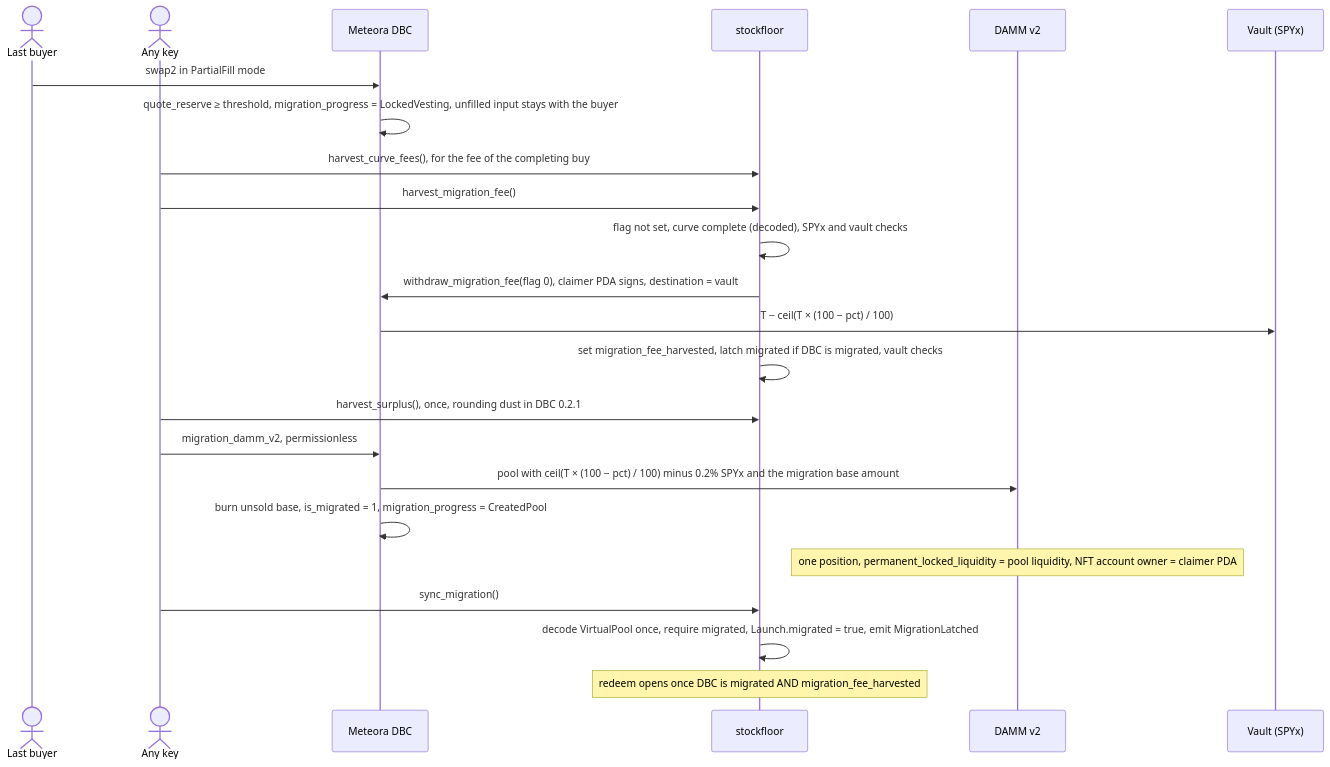
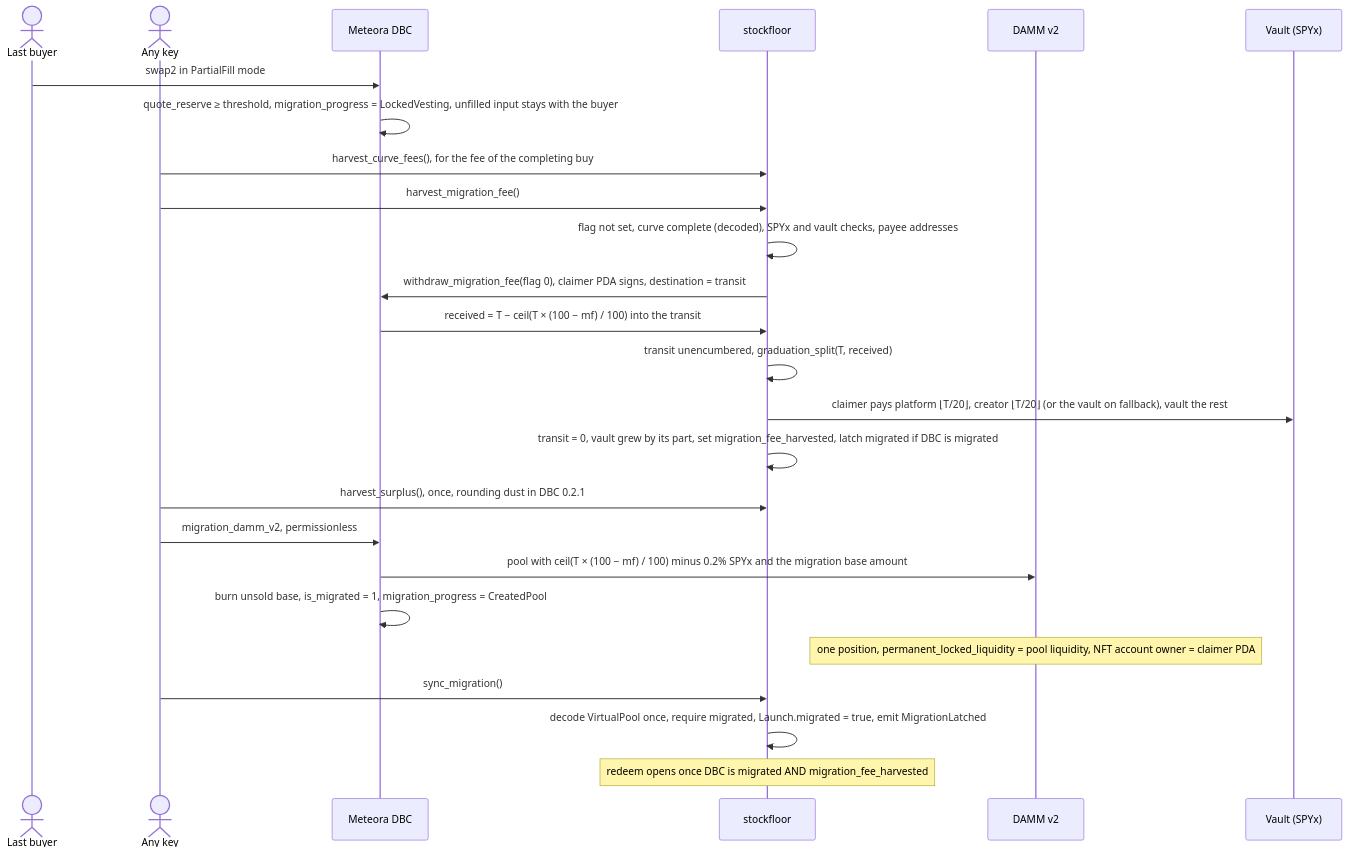
The fourth of 6 diagrams in docs/architecture.md (0xrke/plinto), drawn with Mermaid before and after one commit. The commit also changed other lines of this file and 3 other files, not shown here.

First line of the commit message:
docs: architecture, README fee tables, STATUS for the v3 fee model

````diff
--- a/docs/architecture.md
+++ b/docs/architecture.md
@@ -205,25 +283,27 @@
 ```mermaid
 sequenceDiagram
   actor Last as Last buyer
   actor Cranker as Any key
   participant DBC as Meteora DBC
   participant SF as stockfloor
   participant DAMM as DAMM v2
   participant Vault as Vault (SPYx)
   Last->>DBC: swap2 in PartialFill mode
   DBC->>DBC: quote_reserve ≥ threshold, migration_progress = LockedVesting, unfilled input stays with the buyer
   Cranker->>SF: harvest_curve_fees(), for the fee of the completing buy
   Cranker->>SF: harvest_migration_fee()
-  SF->>SF: flag not set, curve complete (decoded), SPYx and vault checks
-  SF->>DBC: withdraw_migration_fee(flag 0), claimer PDA signs, destination = vault
-  DBC->>Vault: T − ceil(T × (100 − pct) / 100)
-  SF->>SF: set migration_fee_harvested, latch migrated if DBC is migrated, vault checks
+  SF->>SF: flag not set, curve complete (decoded), SPYx and vault checks, payee addresses
+  SF->>DBC: withdraw_migration_fee(flag 0), claimer PDA signs, destination = transit
+  DBC->>SF: received = T − ceil(T × (100 − mf) / 100) into the transit
+  SF->>SF: transit unencumbered, graduation_split(T, received)
+  SF->>Vault: claimer pays platform ⌊T/20⌋, creator ⌊T/20⌋ (or the vault on fallback), vault the rest
+  SF->>SF: transit = 0, vault grew by its part, set migration_fee_harvested, latch migrated if DBC is migrated
   Cranker->>SF: harvest_surplus(), once, rounding dust in DBC 0.2.1
   Cranker->>DBC: migration_damm_v2, permissionless
-  DBC->>DAMM: pool with ceil(T × (100 − pct) / 100) minus 0.2% SPYx and the migration base amount
+  DBC->>DAMM: pool with ceil(T × (100 − mf) / 100) minus 0.2% SPYx and the migration base amount
   DBC->>DBC: burn unsold base, is_migrated = 1, migration_progress = CreatedPool
   Note over DAMM: one position, permanent_locked_liquidity = pool liquidity, NFT account owner = claimer PDA
   Cranker->>SF: sync_migration()
   SF->>SF: decode VirtualPool once, require migrated, Launch.migrated = true, emit MigrationLatched
   Note over SF: redeem opens once DBC is migrated AND migration_fee_harvested
 ```
````
